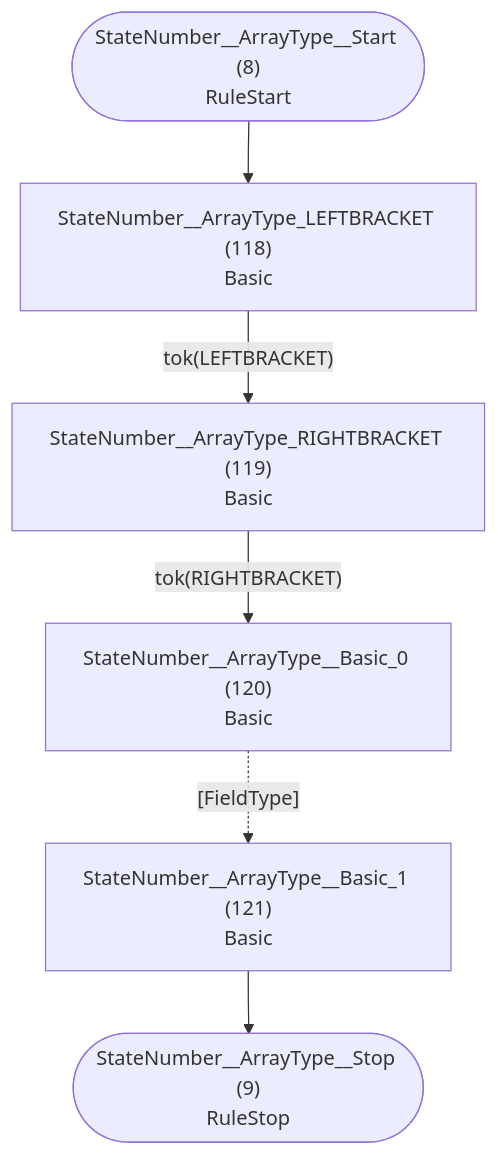
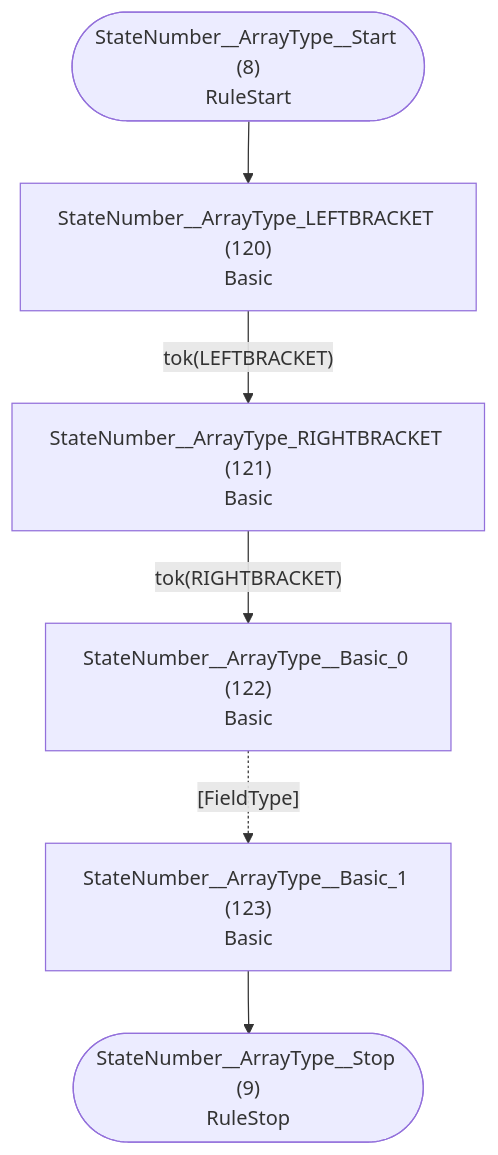
Before and after one commit to TypeFox/fastbelt: the fifth of 33 diagrams in internal/grammar/atn.md, drawn with Mermaid. The commit also changed other lines of this file and 6 other files, not shown here.

````diff
--- a/internal/grammar/atn.md
+++ b/internal/grammar/atn.md
@@ -166,15 +166,15 @@
 ```mermaid
 flowchart TD
     q8(["StateNumber__ArrayType__Start (8)<br/>RuleStart"])
     q9(["StateNumber__ArrayType__Stop (9)<br/>RuleStop"])
-    q118["StateNumber__ArrayType_LEFTBRACKET (118)<br/>Basic<br/>"]
-    q119["StateNumber__ArrayType_RIGHTBRACKET (119)<br/>Basic<br/>"]
-    q120["StateNumber__ArrayType__Basic_0 (120)<br/>Basic<br/>"]
-    q121["StateNumber__ArrayType__Basic_1 (121)<br/>Basic<br/>"]
+    q120["StateNumber__ArrayType_LEFTBRACKET (120)<br/>Basic<br/>"]
+    q121["StateNumber__ArrayType_RIGHTBRACKET (121)<br/>Basic<br/>"]
+    q122["StateNumber__ArrayType__Basic_0 (122)<br/>Basic<br/>"]
+    q123["StateNumber__ArrayType__Basic_1 (123)<br/>Basic<br/>"]
 
-    q8 --> q118
-    q118 -->|"tok(LEFTBRACKET)"| q119
-    q119 -->|"tok(RIGHTBRACKET)"| q120
-    q120 -.->|"[FieldType]"| q121
-    q121 --> q9
+    q8 --> q120
+    q120 -->|"tok(LEFTBRACKET)"| q121
+    q121 -->|"tok(RIGHTBRACKET)"| q122
+    q122 -.->|"[FieldType]"| q123
+    q123 --> q9
 ```
````
